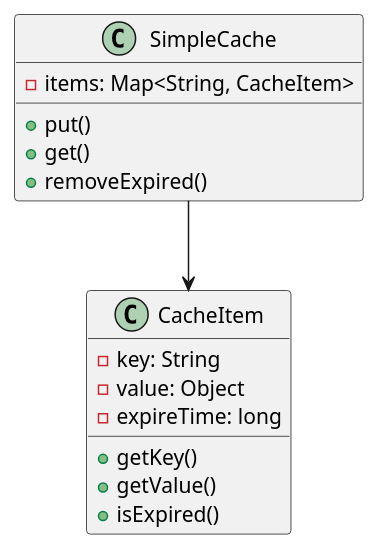
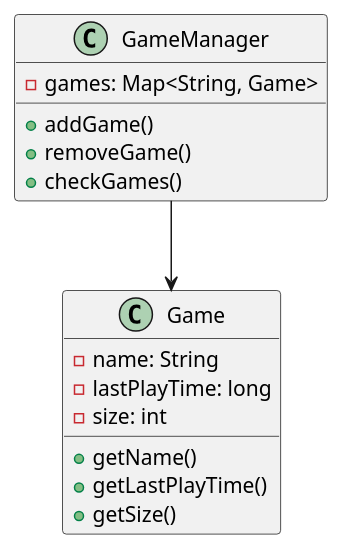
One commit to fine5351/info-sync changed the first of 3 diagrams in doc/learning/architecture/cache_expiration_tutorial.md. Above: the diagram before and after it, drawn with PlantUML. The commit also changed other lines of this file and 35 other files, not shown here.

````diff
--- a/doc/learning/architecture/cache_expiration_tutorial.md
+++ b/doc/learning/architecture/cache_expiration_tutorial.md
@@ -85,21 +85,21 @@
 ```plantuml
 @startuml
-class CacheItem {
-    - key: String
-    - value: Object
-    - expireTime: long
-    + getKey()
-    + getValue()
-    + isExpired()
+class Game {
+    - name: String
+    - lastPlayTime: long
+    - size: int
+    + getName()
+    + getLastPlayTime()
+    + getSize()
 }
 
-class SimpleCache {
-    - items: Map<String, CacheItem>
-    + put()
-    + get()
-    + removeExpired()
+class GameManager {
+    - games: Map<String, Game>
+    + addGame()
+    + removeGame()
+    + checkGames()
 }
 
-SimpleCache --> CacheItem
+GameManager --> Game
 @enduml
 ```
````
